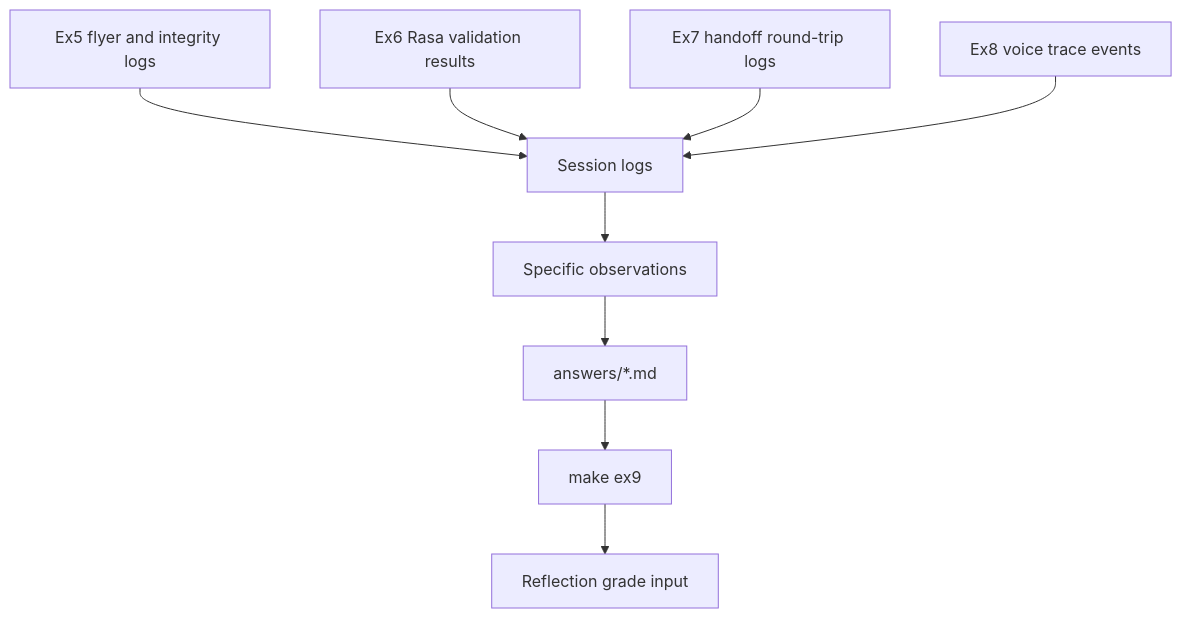
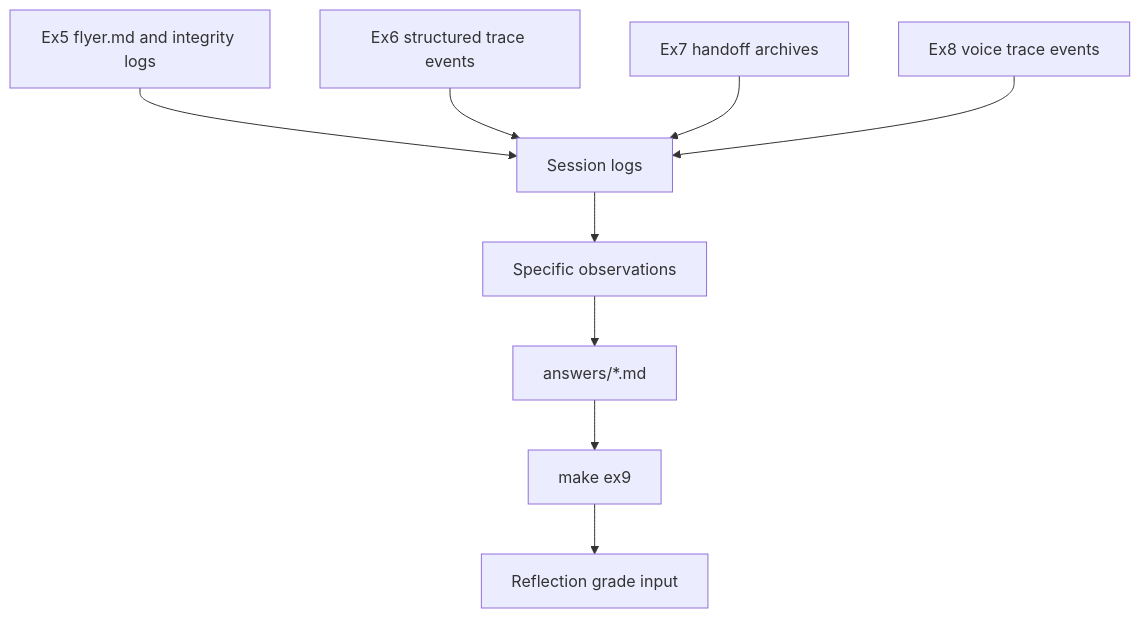
The diagram in docs/architecture/ex9-reflection.md (khab40/homework-pub-booking), drawn with Mermaid before and after one commit. The commit also changed other lines of this file and 121 other files, not shown here.

````diff
--- a/docs/architecture/ex9-reflection.md
+++ b/docs/architecture/ex9-reflection.md
@@ -10,12 +11,12 @@
 ```mermaid
 flowchart TB
-    Ex5[Ex5 flyer and integrity logs] --> Logs[Session logs]
-    Ex6[Ex6 Rasa validation results] --> Logs
-    Ex7[Ex7 handoff round-trip logs] --> Logs
+    Ex5[Ex5 flyer.md and integrity logs] --> Logs[Session logs]
+    Ex6[Ex6 structured trace events] --> Logs
+    Ex7[Ex7 handoff archives] --> Logs
     Ex8[Ex8 voice trace events] --> Logs
 
     Logs --> Evidence[Specific observations]
     Evidence --> AnswerFiles[answers/*.md]
     AnswerFiles --> Validator[make ex9]
     Validator --> Submission[Reflection grade input]
 ```
````
